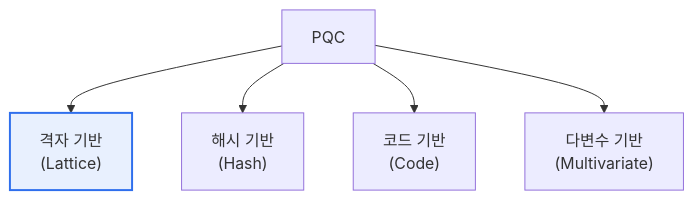
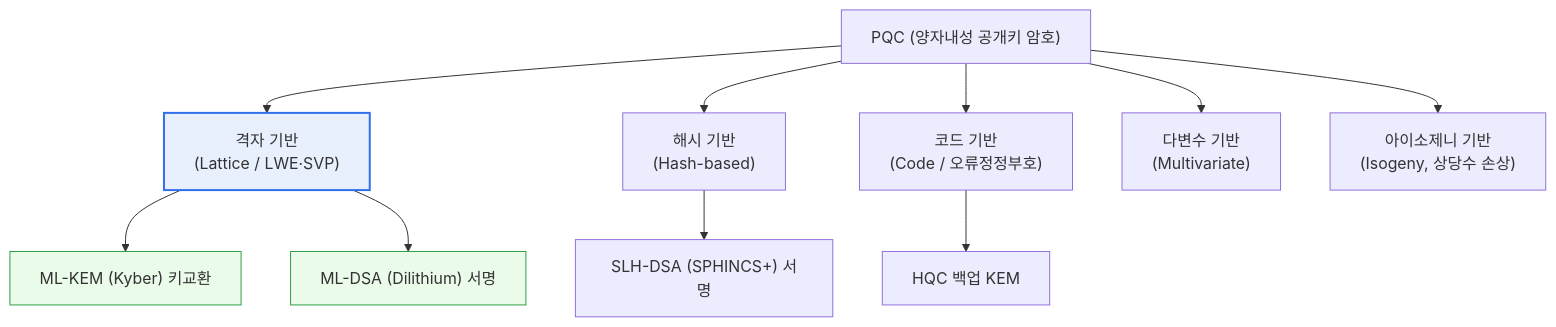
Before and after one commit to coninggu/wjdqhrhksflrltnftk: the first of 2 diagrams in content/post-quantum-crypto.md, drawn with Mermaid. The commit also changed other lines of this file and 3 other files, not shown here.

````diff
--- a/content/post-quantum-crypto.md
+++ b/content/post-quantum-crypto.md
@@ -15,8 +34,15 @@
 ```mermaid
 flowchart TB
-  P[PQC] --> L["격자 기반<br/>(Lattice)"]
-  P --> H["해시 기반<br/>(Hash)"]
-  P --> C["코드 기반<br/>(Code)"]
+  P["PQC (양자내성 공개키 암호)"] --> L["격자 기반<br/>(Lattice / LWE·SVP)"]
+  P --> H["해시 기반<br/>(Hash-based)"]
+  P --> C["코드 기반<br/>(Code / 오류정정부호)"]
   P --> M["다변수 기반<br/>(Multivariate)"]
+  P --> I["아이소제니 기반<br/>(Isogeny, 상당수 손상)"]
+  L --> K["ML-KEM (Kyber) 키교환"]
+  L --> D["ML-DSA (Dilithium) 서명"]
+  H --> S["SLH-DSA (SPHINCS+) 서명"]
+  C --> HQC["HQC 백업 KEM"]
   style L fill:#e8f0fe,stroke:#2f6fed,stroke-width:2px
+  style K fill:#eafbea,stroke:#2f9e44,stroke-width:1px
+  style D fill:#eafbea,stroke:#2f9e44,stroke-width:1px
 ```
````
